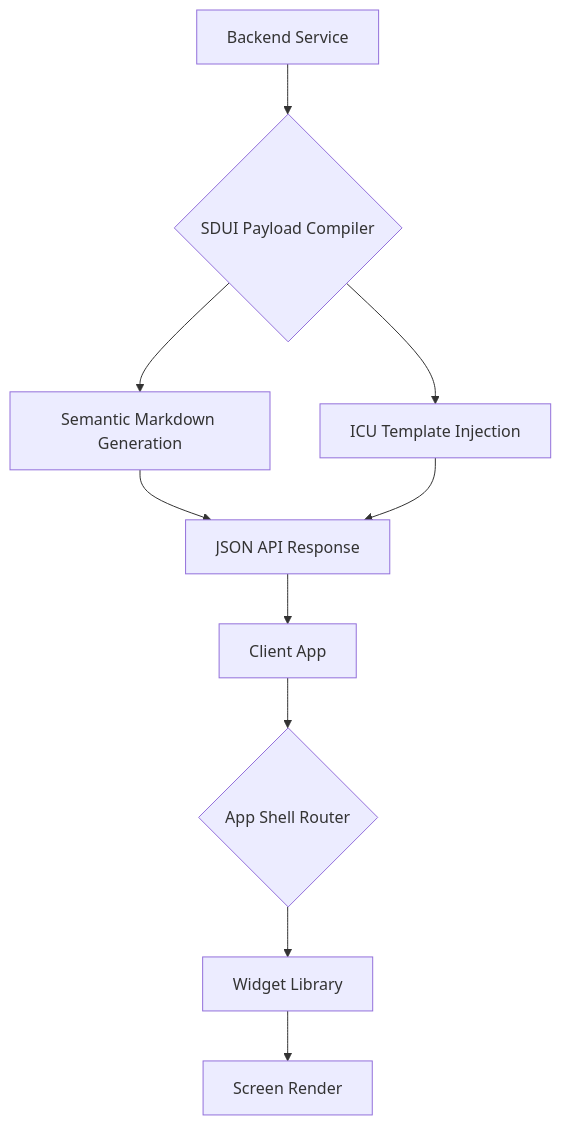
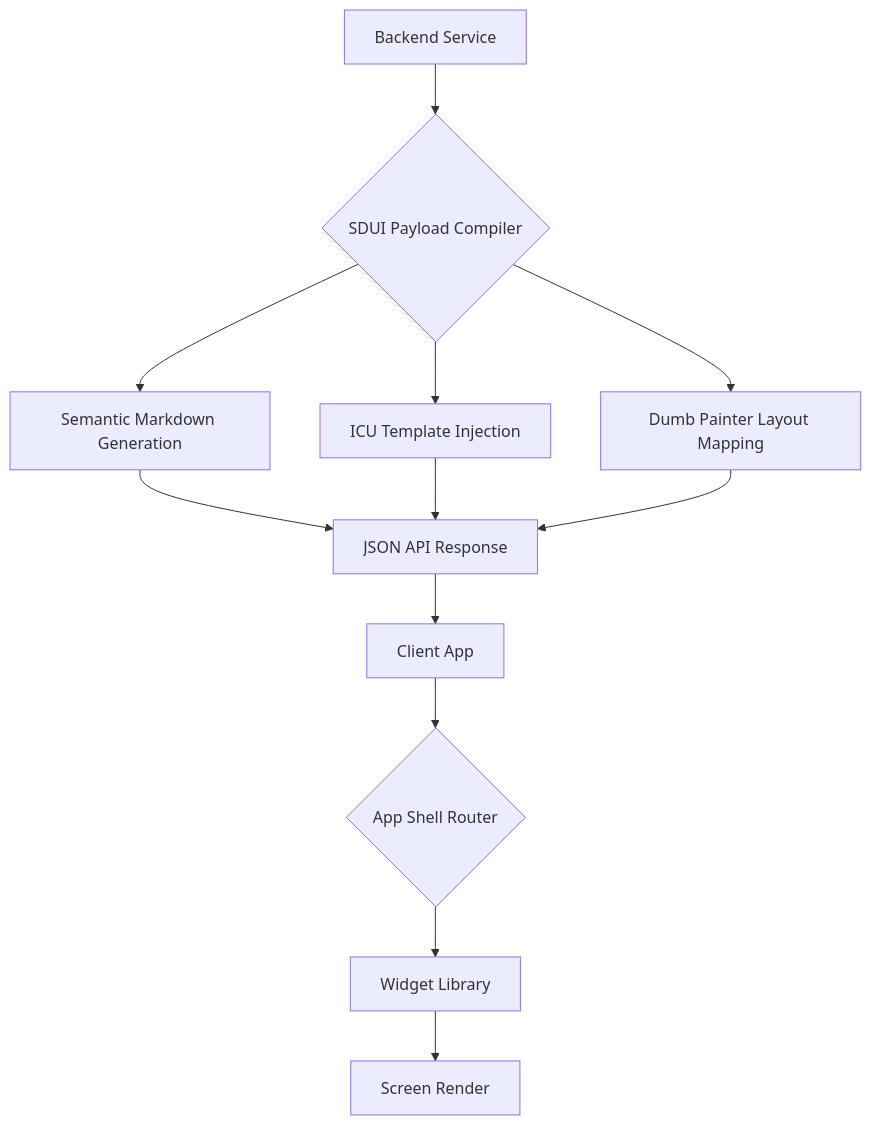
The diagram in docs/architecture/04_server_driven_ui_and_presentation.md (launis/quorum), drawn with Mermaid before and after one commit. The commit also changed other lines of this file and 1 other file, not shown here.

Commit message:
docs: add tracker and architectural documentation for EPIC 111 SDUI refactor

````diff
--- a/docs/architecture/04_server_driven_ui_and_presentation.md
+++ b/docs/architecture/04_server_driven_ui_and_presentation.md
@@ -39,11 +43,12 @@
 ```mermaid
 flowchart TD
     A[Backend Service] --> B{SDUI Payload Compiler}
     B --> C[Semantic Markdown Generation]
     B --> D[ICU Template Injection]
-    C & D --> E[JSON API Response]
-    E --> F[Client App]
-    F --> G{App Shell Router}
-    G --> H[Widget Library]
-    H --> I[Screen Render]
+    B --> E[Dumb Painter Layout Mapping]
+    C & D & E --> F[JSON API Response]
+    F --> G[Client App]
+    G --> H{App Shell Router}
+    H --> I[Widget Library]
+    I --> J[Screen Render]
 ```
````
